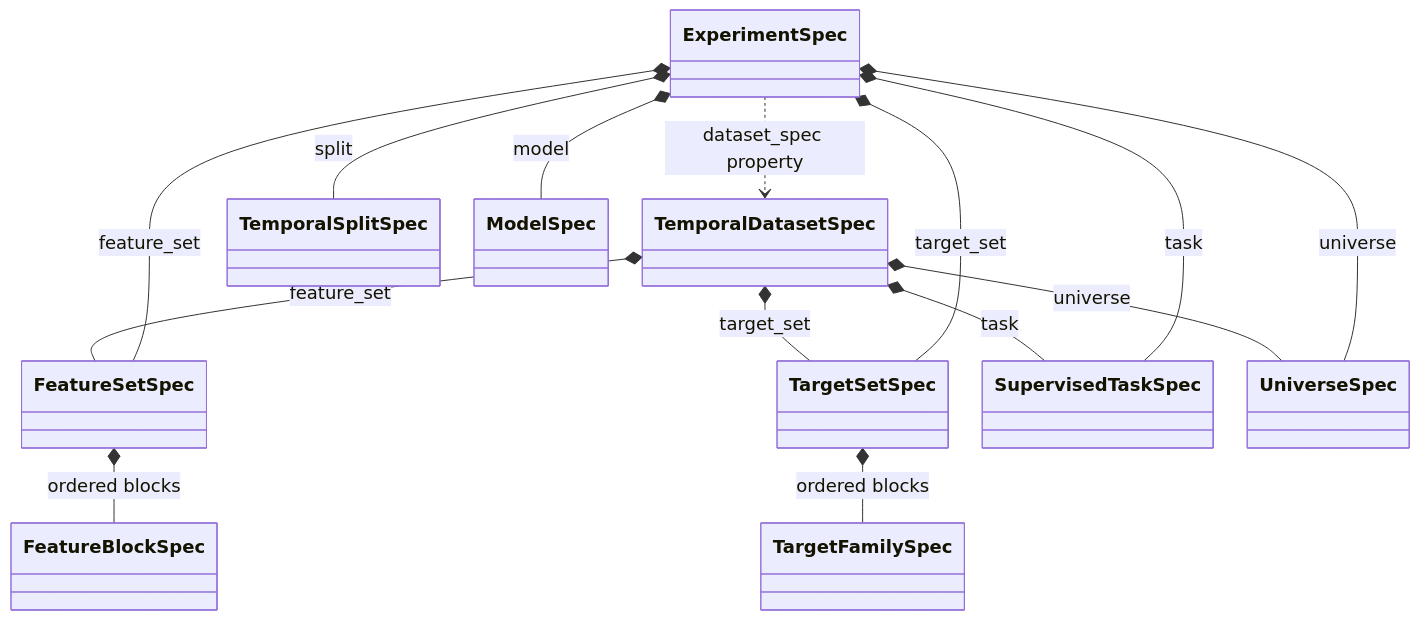
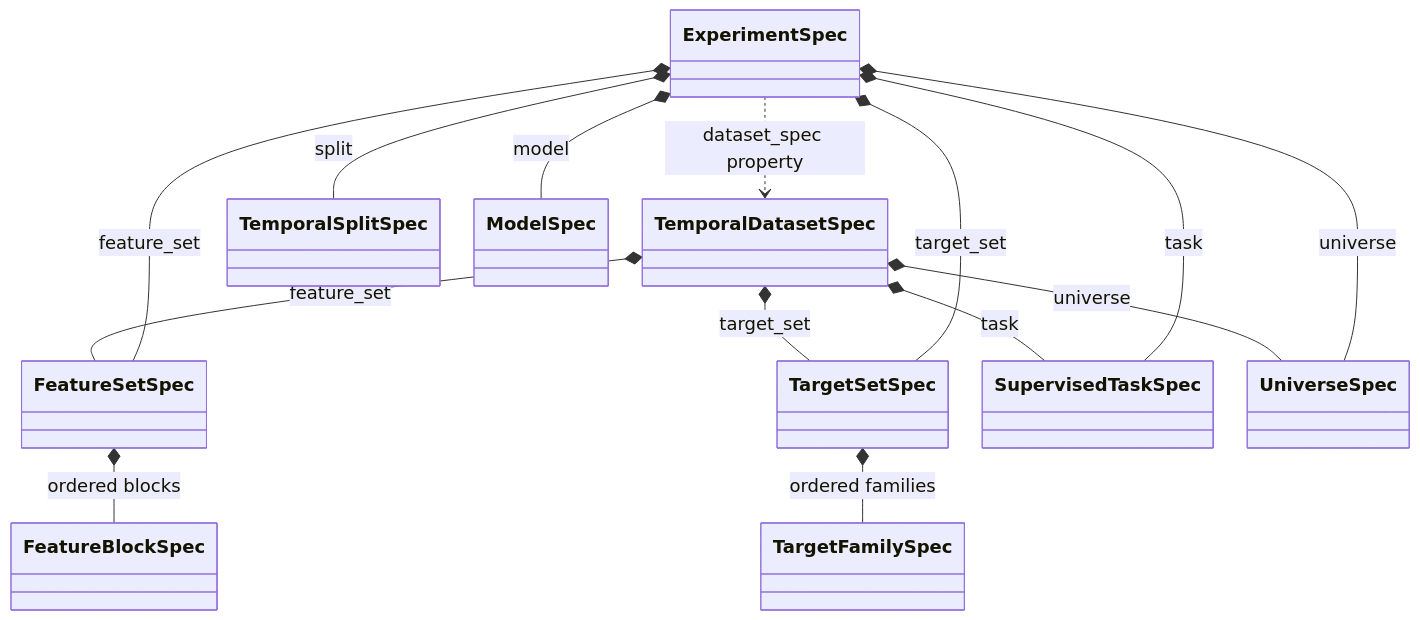
The first of 2 diagrams in docs/reference/modeling-object-model.md (Frallmeister/swingtrader-app), drawn with Mermaid before and after one commit. The commit also changed 5 other files, not shown here.

````diff
--- a/docs/reference/modeling-object-model.md
+++ b/docs/reference/modeling-object-model.md
@@ -11,37 +11,37 @@
 ```mermaid
 %%{init: {"themeVariables": {"fontSize": "18px"}, "flowchart": {"nodeSpacing": 34, "rankSpacing": 48}}}%%
 classDiagram
     class FeatureBlockSpec
     class FeatureSetSpec
     class TargetFamilySpec
     class TargetSetSpec
     class SupervisedTaskSpec
     class UniverseSpec
     class TemporalDatasetSpec
     class TemporalSplitSpec
     class ModelSpec
     class ExperimentSpec
 
     FeatureSetSpec *-- FeatureBlockSpec : ordered blocks
-    TargetSetSpec *-- TargetFamilySpec : ordered blocks
+    TargetSetSpec *-- TargetFamilySpec : ordered families
     TemporalDatasetSpec *-- FeatureSetSpec : feature_set
     TemporalDatasetSpec *-- TargetSetSpec : target_set
     TemporalDatasetSpec *-- SupervisedTaskSpec : task
     TemporalDatasetSpec *-- UniverseSpec : universe
     ExperimentSpec *-- FeatureSetSpec : feature_set
     ExperimentSpec *-- TargetSetSpec : target_set
     ExperimentSpec *-- SupervisedTaskSpec : task
     ExperimentSpec *-- UniverseSpec : universe
     ExperimentSpec *-- TemporalSplitSpec : split
     ExperimentSpec *-- ModelSpec : model
     ExperimentSpec ..> TemporalDatasetSpec : dataset_spec property
 
     classDef feature fill:#e3f2fd,stroke:#1565c0
     classDef target fill:#f3e5f5,stroke:#6a1b9a
     classDef dataset fill:#e8f5e9,stroke:#2e7d32
     classDef experiment fill:#fff3e0,stroke:#ef6c00
     cssClass "FeatureBlockSpec,FeatureSetSpec" feature
     cssClass "TargetFamilySpec,TargetSetSpec,SupervisedTaskSpec" target
     cssClass "UniverseSpec,TemporalDatasetSpec" dataset
     cssClass "TemporalSplitSpec,ModelSpec,ExperimentSpec" experiment
 ```
````
